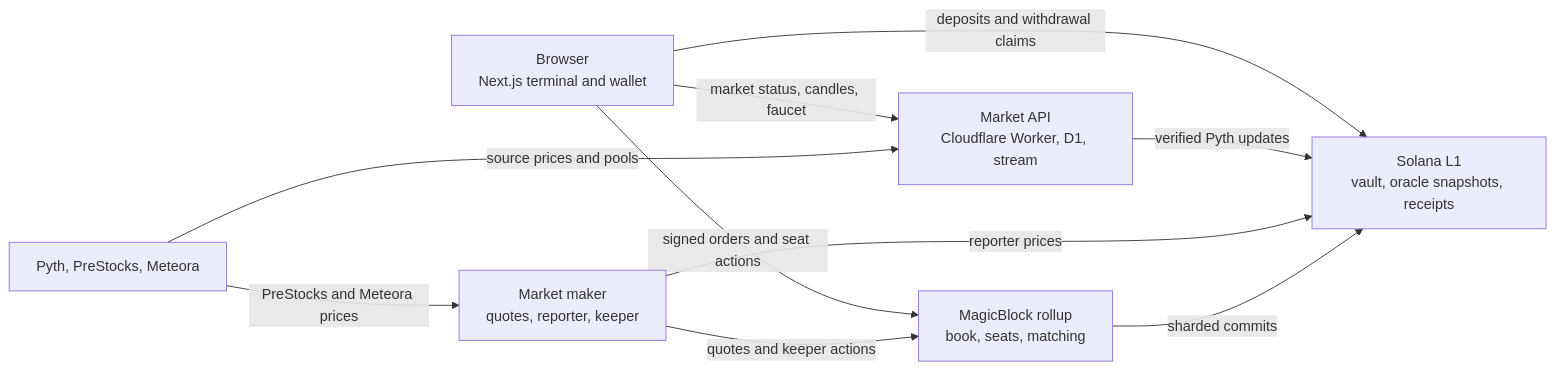
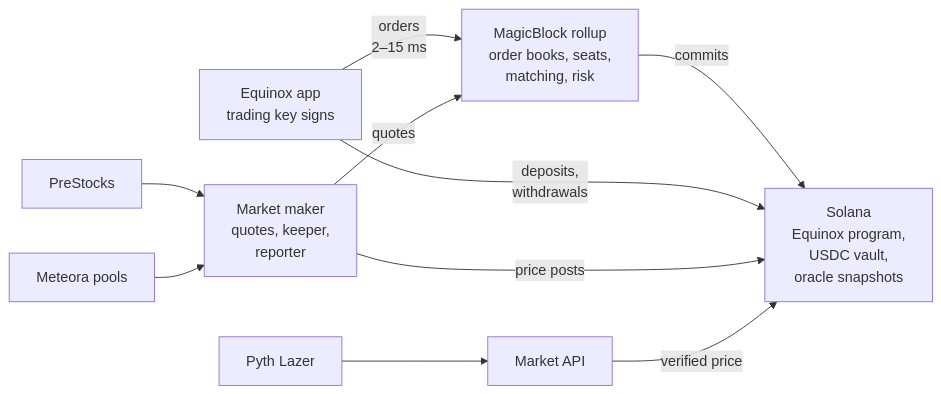
Before and after one commit to Ansh-699/Equinox: the first of 2 diagrams in README.md, drawn with Mermaid. The commit also changed other lines of this file and 11 other files, not shown here.

````diff
--- a/README.md
+++ b/README.md
@@ -77,19 +55,12 @@
 ```mermaid
 flowchart LR
-  UI["Browser<br/>Next.js terminal and wallet"]
-  API["Market API<br/>Cloudflare Worker, D1, stream"]
-  BOT["Market maker<br/>quotes, reporter, keeper"]
-  ER["MagicBlock rollup<br/>book, seats, matching"]
-  L1["Solana L1<br/>vault, oracle snapshots, receipts"]
-  EXT["Pyth, PreStocks, Meteora"]
-
-  UI -->|"market status, candles, faucet"| API
-  UI -->|"signed orders and seat actions"| ER
-  UI -->|"deposits and withdrawal claims"| L1
-  API -->|"verified Pyth updates"| L1
-  BOT -->|"quotes and keeper actions"| ER
-  BOT -->|"reporter prices"| L1
-  EXT -->|"source prices and pools"| API
-  EXT -->|"PreStocks and Meteora prices"| BOT
-  ER -->|"sharded commits"| L1
+  APP["Equinox app<br/>trading key signs"] -- "orders<br/>2–15 ms" --> ER["MagicBlock rollup<br/>order books, seats,<br/>matching, risk"]
+  ER -- "commits" --> L1["Solana<br/>Equinox program,<br/>USDC vault,<br/>oracle snapshots"]
+  APP -- "deposits,<br/>withdrawals" --> L1
+  MM["Market maker<br/>quotes, keeper,<br/>reporter"] -- "quotes" --> ER
+  MM -- "price posts" --> L1
+  PRE["PreStocks"] --> MM
+  MET["Meteora pools"] --> MM
+  PYTH["Pyth Lazer"] --> API["Market API"]
+  API -- "verified price" --> L1
 ```
````
